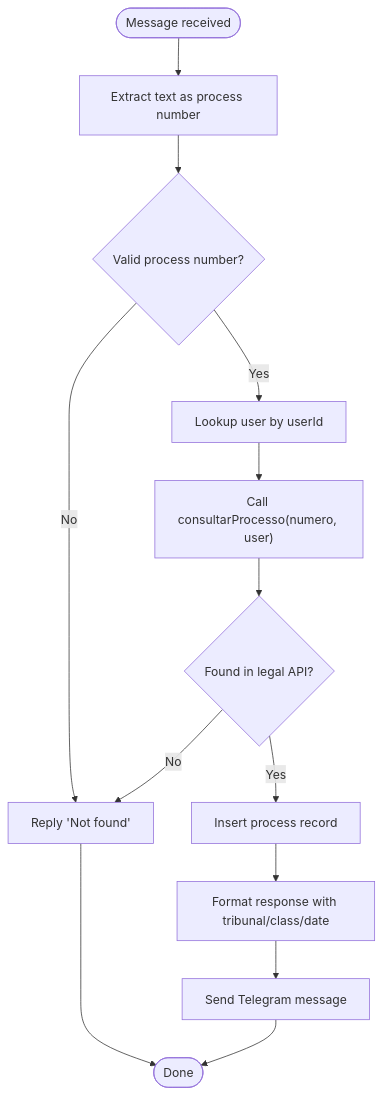
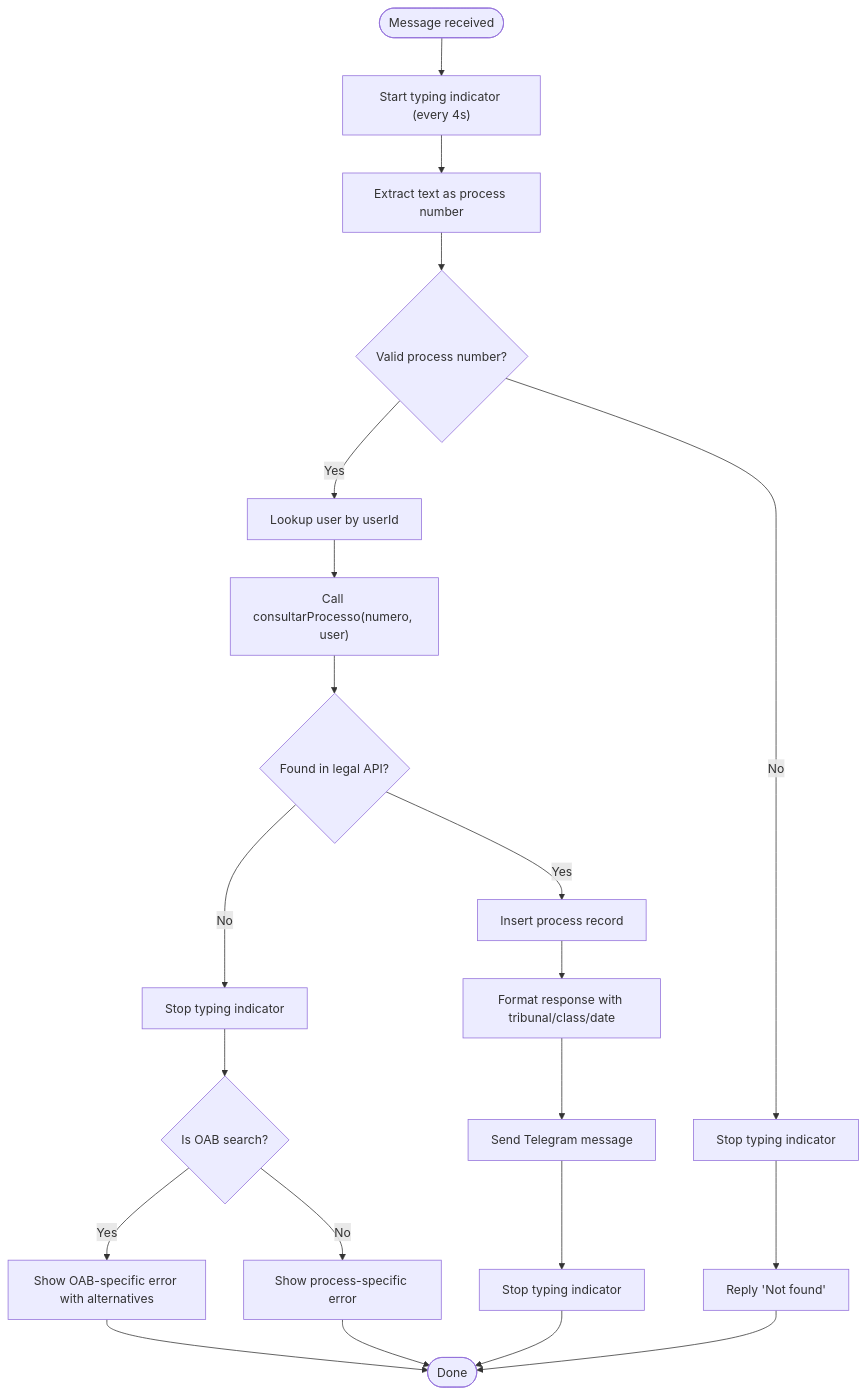
The third of 9 diagrams in .qoder/repowiki/en/content/Telegram Bot Integration/Telegram Bot Integration.md (Alexandrexicara/bot-processos), drawn with Mermaid before and after one commit. The commit also changed other lines of this file and 10 other files, not shown here.

````diff
--- a/.qoder/repowiki/en/content/Telegram Bot Integration/Telegram Bot Integration.md
+++ b/.qoder/repowiki/en/content/Telegram Bot Integration/Telegram Bot Integration.md
@@ -162,15 +193,23 @@
 ```mermaid
 flowchart TD
-Start(["Message received"]) --> Parse["Extract text as process number"]
+Start(["Message received"]) --> StartTyping["Start typing indicator (every 4s)"]
+StartTyping --> Parse["Extract text as process number"]
 Parse --> Validate{"Valid process number?"}
-Validate --> |No| ReplyNotFound["Reply 'Not found'"]
+Validate --> |No| StopTyping["Stop typing indicator"]
+StopTyping --> ReplyNotFound["Reply 'Not found'"]
 Validate --> |Yes| LookupUser["Lookup user by userId"]
 LookupUser --> CallAPI["Call consultarProcesso(numero, user)"]
 CallAPI --> Found{"Found in legal API?"}
-Found --> |No| ReplyNotFound
+Found --> |No| StopTyping2["Stop typing indicator"]
+StopTyping2 --> CheckType{"Is OAB search?"}
+CheckType --> |Yes| OABError["Show OAB-specific error with alternatives"]
+CheckType --> |No| ProcessError["Show process-specific error"]
+OABError --> End(["Done"])
+ProcessError --> End
 Found --> |Yes| InsertDB["Insert process record"]
 InsertDB --> FormatResp["Format response with tribunal/class/date"]
 FormatResp --> SendMsg["Send Telegram message"]
-SendMsg --> End(["Done"])
+SendMsg --> StopTyping3["Stop typing indicator"]
+StopTyping3 --> End(["Done"])
 ReplyNotFound --> End
 ```
````
